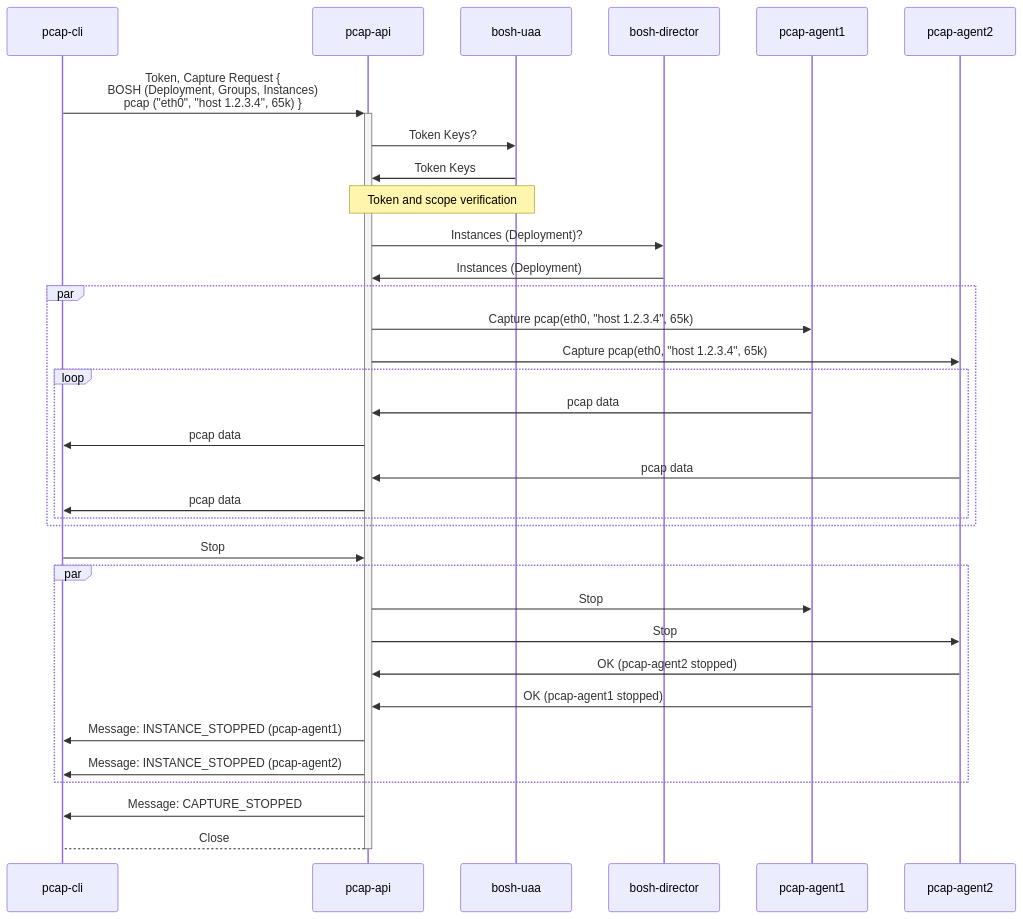
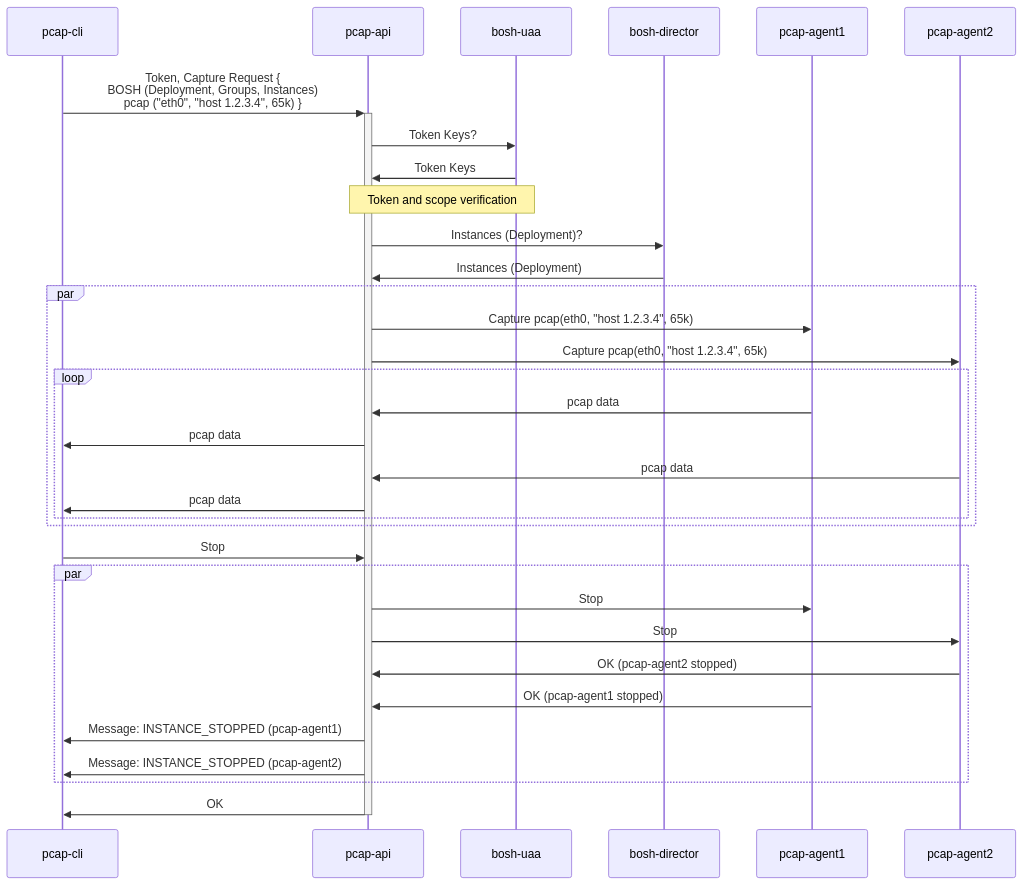
One commit to cloudfoundry/pcap-release changed the sixth of 21 diagrams in docs/api-communication-spec.md. Above: the diagram before and after it, drawn with Mermaid. The commit also changed other lines of this file, not shown here.

Commit message:
docs(api): adapted all use cases to native gRPC status codes where applicable

````diff
--- a/docs/api-communication-spec.md
+++ b/docs/api-communication-spec.md
@@ -423,31 +426,30 @@
 ```mermaid
 sequenceDiagram
     pcap-cli ->>+ pcap-api: Token, Capture Request {<br/>BOSH (Deployment, Groups, Instances)<br/>pcap ("eth0", "host 1.2.3.4", 65k) }
     pcap-api ->> bosh-uaa: Token Keys?
     bosh-uaa ->> pcap-api: Token Keys
     note over pcap-api, bosh-uaa: Token and scope verification    
     pcap-api ->> bosh-director: Instances (Deployment)?
     bosh-director ->> pcap-api: Instances (Deployment)
     par
         pcap-api ->> pcap-agent1: Capture pcap(eth0, "host 1.2.3.4", 65k)
         pcap-api ->> pcap-agent2: Capture pcap(eth0, "host 1.2.3.4", 65k)
         loop
             pcap-agent1 ->> pcap-api: pcap data
             pcap-api ->> pcap-cli: pcap data
             pcap-agent2 ->> pcap-api: pcap data
             pcap-api ->> pcap-cli: pcap data
         end
     end
     pcap-cli ->> pcap-api: Stop
     par
         pcap-api ->> pcap-agent1: Stop
         pcap-api ->> pcap-agent2: Stop
         pcap-agent2 ->> pcap-api: OK (pcap-agent2 stopped)
         pcap-agent1 ->> pcap-api: OK (pcap-agent1 stopped)
         pcap-api ->> pcap-cli: Message: INSTANCE_STOPPED (pcap-agent1)
         pcap-api ->> pcap-cli: Message: INSTANCE_STOPPED (pcap-agent2)
     end
 
-    pcap-api ->> pcap-cli: Message: CAPTURE_STOPPED
-    pcap-api -->- pcap-cli: Close
+    pcap-api ->>- pcap-cli: OK
 ```
````
